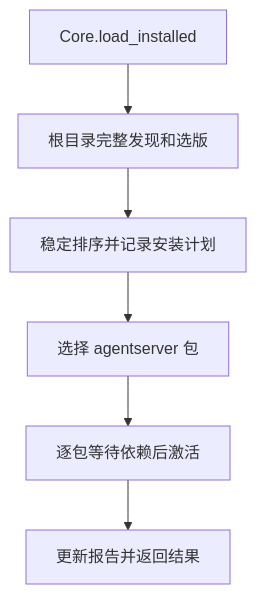
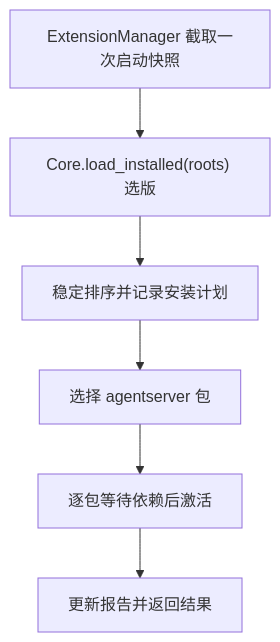
The second of 2 diagrams in jiuwenswarm/extensions_v2/docs/features/F_03_registry-facade.md (openJiuwen-ai/jiuwenswarm), drawn with Mermaid before and after one commit. The commit also changed other lines of this file and 24 other files, not shown here.

````diff
--- a/jiuwenswarm/extensions_v2/docs/features/F_03_registry-facade.md
+++ b/jiuwenswarm/extensions_v2/docs/features/F_03_registry-facade.md
@@ -105,8 +105,8 @@
 ```mermaid
 flowchart TD
-    A["Core.load_installed"] --> B["根目录完整发现和选版"]
+    A["ExtensionManager 截取一次启动快照"] --> B["Core.load_installed(roots) 选版"]
     B --> C["稳定排序并记录安装计划"]
     C --> D["选择 agentserver 包"]
     D --> E["逐包等待依赖后激活"]
     E --> F["更新报告并返回结果"]
 ```
````
